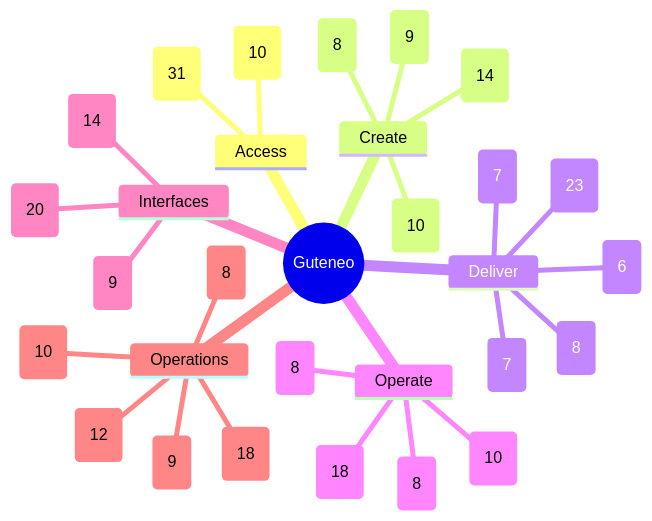
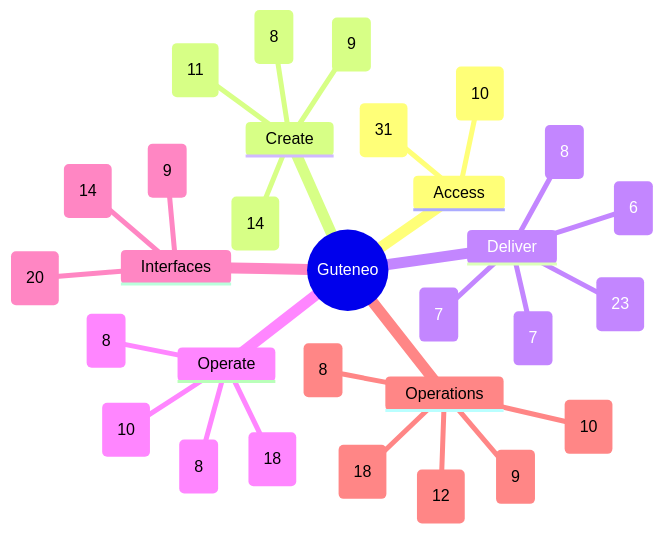
Before and after one commit to nclsppr/guteneo: the diagram in docs/FEATURE_MAP.md, drawn with Mermaid. The commit also changed other lines of this file and 26 other files, not shown here.

````diff
--- a/docs/FEATURE_MAP.md
+++ b/docs/FEATURE_MAP.md
@@ -13,33 +13,33 @@
 ```mermaid
 mindmap
   root((Guteneo))
     Access
       Access and identity (31)
       Team and responsibilities (10)
     Create
       Documents and protection (8)
       Template studio (14)
       Data and mappings (9)
-      PDF generation and distribution (10)
+      PDF generation and distribution (11)
     Deliver
       Fax (6)
       Postal mail (8)
       Email and protected links (7)
       Sensitive distribution and personal documents (23)
       Dispatch dry run (7)
     Operate
       Campaigns and tracking (8)
       Credits and billing (8)
       Workspace appearance (18)
       PDF verification (10)
     Interfaces
       Assistants and API (20)
       iPhone and iPad (9)
       Public pages and languages (14)
     Operations
       Reviewer OAuth qualification (9)
       Operations and reliability (18)
       Belvédère platform oversight (8)
       Public service status (12)
       Engineering documentation (10)
 ```
````
